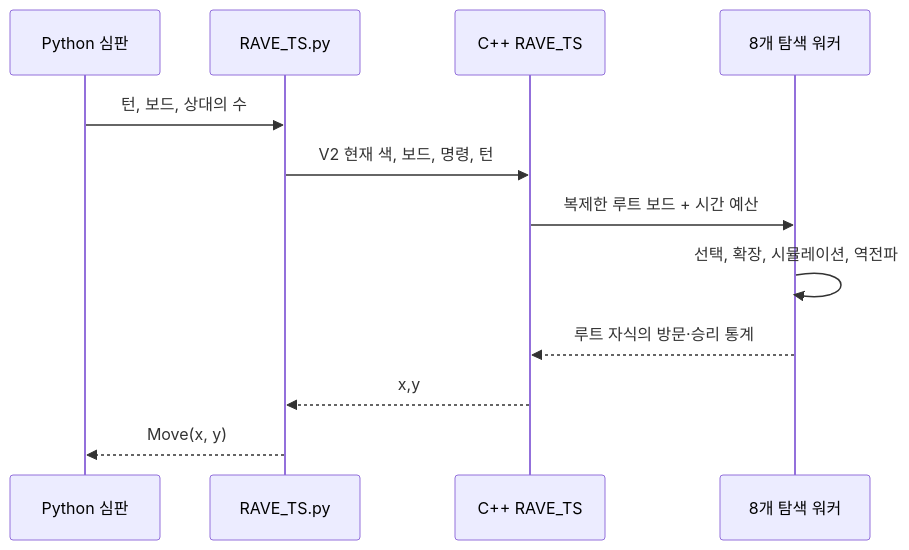
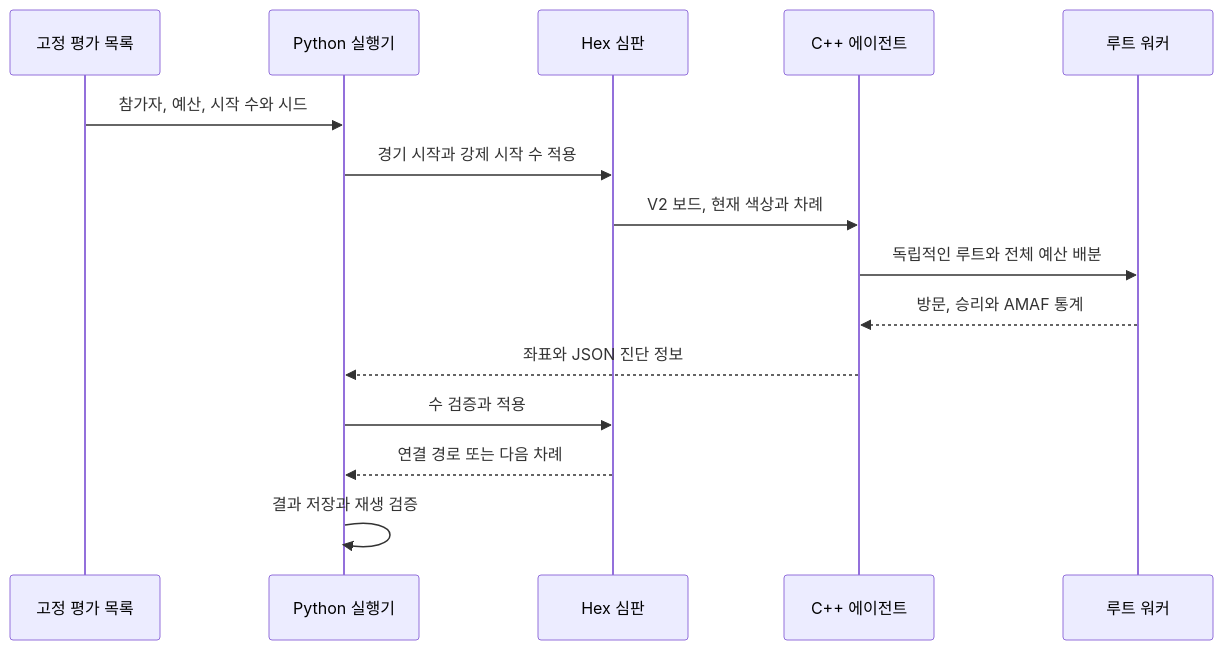
One commit to Dongmyung378/AI-and-Games changed the diagram in docs/architecture.ko.md. Above: the diagram before and after it, drawn with Mermaid. The commit also changed other lines of this file and 1191 other files, not shown here.

````diff
--- a/docs/architecture.ko.md
+++ b/docs/architecture.ko.md
@@ -11,15 +18,17 @@
 ```mermaid
 sequenceDiagram
-    participant Referee as Python 심판
-    participant Adapter as RAVE_TS.py
-    participant Agent as C++ RAVE_TS
-    participant Workers as 8개 탐색 워커
-
-    Referee->>Adapter: 턴, 보드, 상대의 수
-    Adapter->>Agent: V2 현재 색, 보드, 명령, 턴
-    Agent->>Workers: 복제한 루트 보드 + 시간 예산
-    Workers->>Workers: 선택, 확장, 시뮬레이션, 역전파
-    Workers-->>Agent: 루트 자식의 방문·승리 통계
-    Agent-->>Adapter: x,y
-    Adapter-->>Referee: Move(x, y)
+    participant Manifest as 고정 평가 목록
+    participant Runner as Python 실행기
+    participant Referee as Hex 심판
+    participant Native as C++ 에이전트
+    participant Workers as 루트 워커
+    Manifest->>Runner: 참가자, 예산, 시작 수와 시드
+    Runner->>Referee: 경기 시작과 강제 시작 수 적용
+    Referee->>Native: V2 보드, 현재 색상과 차례
+    Native->>Workers: 독립적인 루트와 전체 예산 배분
+    Workers-->>Native: 방문, 승리와 AMAF 통계
+    Native-->>Runner: 좌표와 JSON 진단 정보
+    Runner->>Referee: 수 검증과 적용
+    Referee-->>Runner: 연결 경로 또는 다음 차례
+    Runner->>Runner: 결과 저장과 재생 검증
 ```
````
